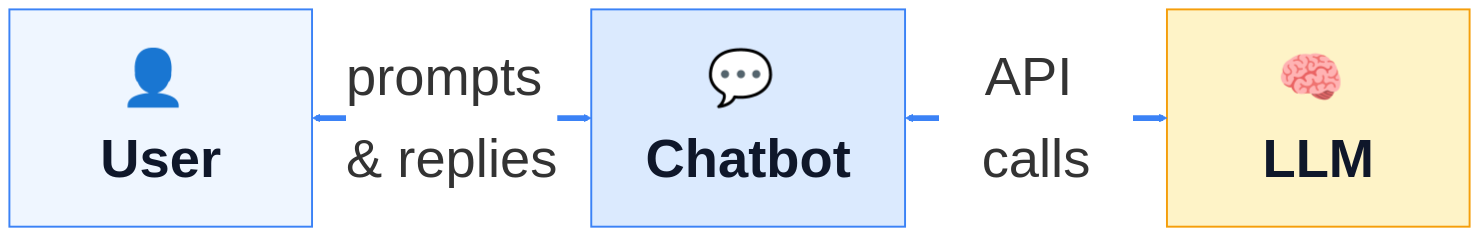
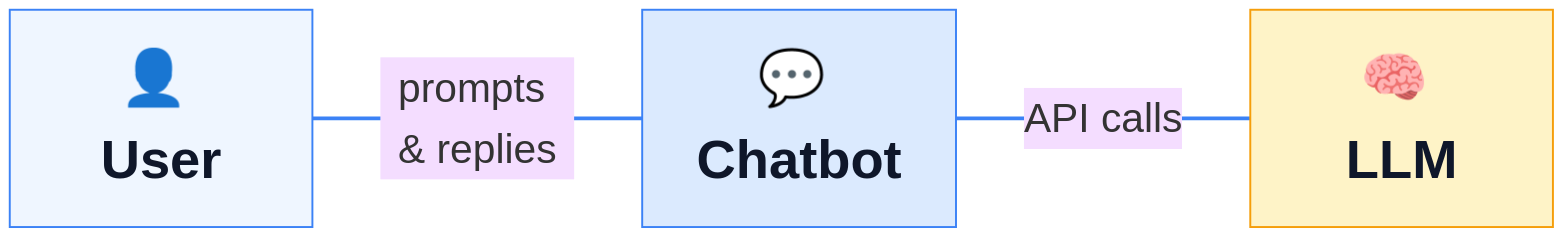
One commit to kerryback/mgmt675 changed the first of 2 diagrams in slides/m1-ai-in-finance.qmd. Above: the diagram before and after it, drawn with Mermaid. The commit also changed other lines of this file and 2 other files, not shown here.

Commit message:
Remove arrowheads from m1 mermaid diagrams, use plain lines

````diff
--- a/slides/m1-ai-in-finance.qmd
+++ b/slides/m1-ai-in-finance.qmd
@@ -135,13 +135,13 @@
 ```{mermaid}
 %%| fig-width: 16
-%%{init: {'theme': 'base', 'themeVariables': {'fontSize': '56px', 'edgeLabelBackground': '#ffffff'}, 'flowchart': {'nodeSpacing': 100, 'rankSpacing': 140, 'padding': 28, 'useMaxWidth': true, 'defaultRenderer': 'elk', 'curve': 'linear', 'diagramPadding': 20}}}%%
+%%{init: {'theme': 'base', 'themeVariables': {'fontSize': '42px'}, 'flowchart': {'nodeSpacing': 100, 'rankSpacing': 140, 'padding': 28, 'useMaxWidth': true}}}%%
 flowchart LR
-  U["<b>👤 User</b>"] <-->|"prompts & replies"| C["<b>💬 Chatbot</b>"]
-  C <-->|"API calls"| L["<b>🧠 LLM</b>"]
+  U["<b>👤 User</b>"] ---|"prompts & replies"| C["<b>💬 Chatbot</b>"]
+  C ---|"API calls"| L["<b>🧠 LLM</b>"]
 
   style U fill:#eff6ff,stroke:#3b82f6,stroke-width:2px,color:#0f172a,font-size:56px,padding:24px
   style C fill:#dbeafe,stroke:#3b82f6,stroke-width:2px,color:#0f172a,font-size:56px,padding:24px
   style L fill:#fef3c7,stroke:#f59e0b,stroke-width:2px,color:#0f172a,font-size:56px,padding:24px
 
-  linkStyle default stroke:#3b82f6,stroke-width:6px
+  linkStyle default stroke:#3b82f6,stroke-width:4px
 ```
````
